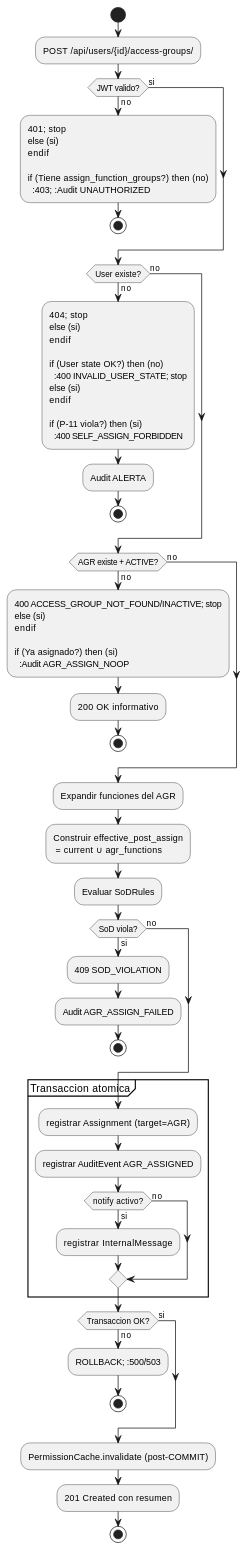
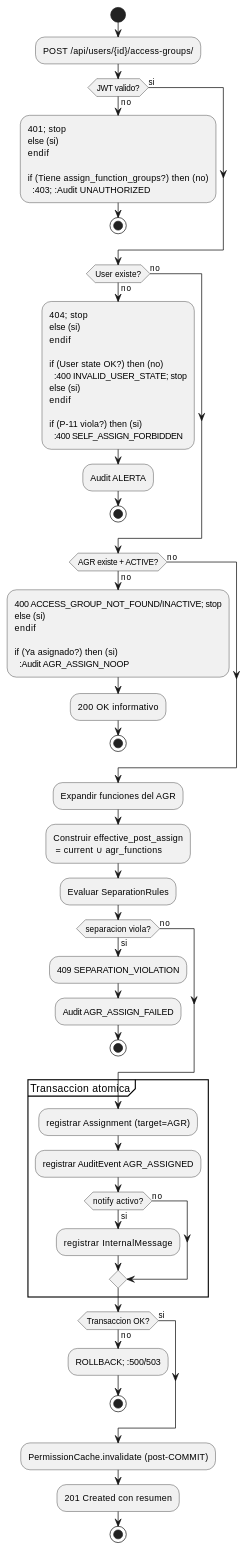
Before and after one commit to jcg-admin/IACT-docs: the diagram in source/requisitos/casos-uso/access/uc-acc-04/diagramas-uml/diagrama-de-actividad.rst, drawn with PlantUML. The commit also changed 148 other files, not shown here.

```diff
--- a/source/requisitos/casos-uso/access/uc-acc-04/diagramas-uml/diagrama-de-actividad.rst
+++ b/source/requisitos/casos-uso/access/uc-acc-04/diagramas-uml/diagrama-de-actividad.rst
@@ -4,82 +4,82 @@
 .. uml::
  :caption: UC_ACC_04 — actividad
 
  @startuml
 
  start
 
  :POST /api/users/{id}/access-groups/;
 
  if (JWT valido?) then (no)
    :401; stop
  else (si)
  endif
 
  if (Tiene assign_function_groups?) then (no)
    :403; :Audit UNAUTHORIZED;
    stop
  else (si)
  endif
 
  if (User existe?) then (no)
    :404; stop
  else (si)
  endif
 
  if (User state OK?) then (no)
    :400 INVALID_USER_STATE; stop
  else (si)
  endif
 
  if (P-11 viola?) then (si)
    :400 SELF_ASSIGN_FORBIDDEN;
    :Audit ALERTA;
    stop
  else (no)
  endif
 
  if (AGR existe + ACTIVE?) then (no)
    :400 ACCESS_GROUP_NOT_FOUND/INACTIVE; stop
  else (si)
  endif
 
  if (Ya asignado?) then (si)
    :Audit AGR_ASSIGN_NOOP;
    :200 OK informativo;
    stop
  else (no)
  endif
 
  :Expandir funciones del AGR;
  :Construir effective_post_assign
   = current ∪ agr_functions;
- :Evaluar SoDRules;
+ :Evaluar SeparationRules;
 
- if (SoD viola?) then (si)
-   :409 SOD_VIOLATION;
+ if (separacion viola?) then (si)
+   :409 SEPARATION_VIOLATION;
    :Audit AGR_ASSIGN_FAILED;
    stop
  else (no)
  endif
 
  partition "Transaccion atomica" {
    :registrar Assignment (target=AGR);
    :registrar AuditEvent AGR_ASSIGNED;
    if (notify activo?) then (si)
      :registrar InternalMessage;
    else (no)
    endif
  }
 
  if (Transaccion OK?) then (no)
    :ROLLBACK; :500/503;
    stop
  else (si)
  endif
 
  :PermissionCache.invalidate (post-COMMIT);
  :201 Created con resumen;
 
  stop
 
  @enduml
```
